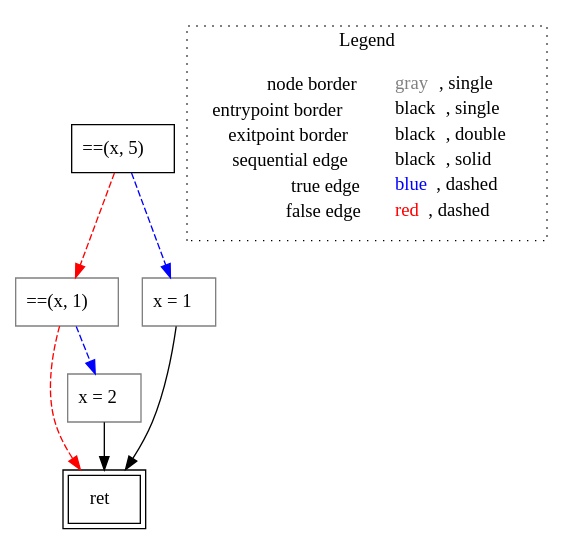
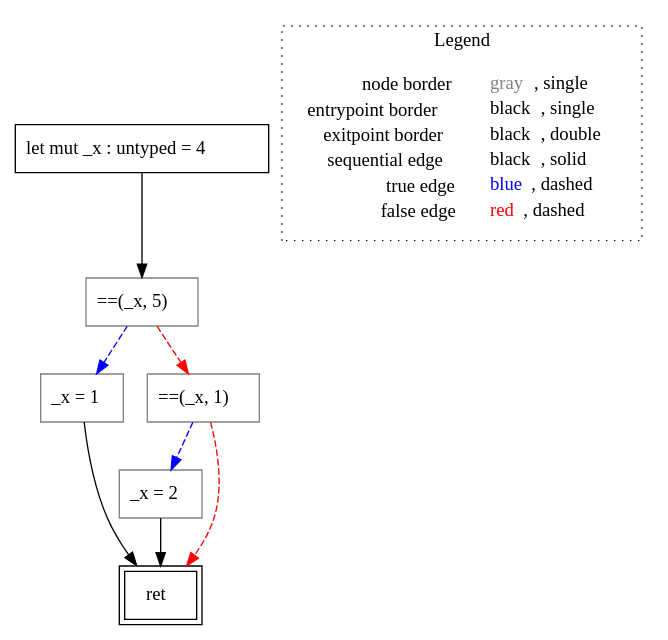
Before and after one commit to VincenzoArceri/rust-lisa: the diagram in rust-lisa/rust-testcases/cfg/if-elseif/()_rust-testcases_cfg_if-elseif_if-elseif.rs.main().dot, drawn with Graphviz. The commit also changed 26 other files, not shown here.

```diff
--- a/rust-lisa/rust-testcases/cfg/if-elseif/()_rust-testcases_cfg_if-elseif_if-elseif.rs.main().dot
+++ b/rust-lisa/rust-testcases/cfg/if-elseif/()_rust-testcases_cfg_if-elseif_if-elseif.rs.main().dot
@@ -1,20 +1,22 @@
 digraph {
-	"node0" [shape="rect",color="black",label=<==(x, 5)>];
-	"node1" [shape="rect",color="gray",label=<==(x, 1)>];
-	"node2" [shape="rect",color="black",peripheries="2",label=<ret>];
-	"node3" [shape="rect",color="gray",label=<x = 2>];
-	"node4" [shape="rect",color="gray",label=<x = 1>];
-	"node1" -> "node2" [color="red",style="dashed"];
-	"node1" -> "node3" [color="blue",style="dashed"];
-	"node3" -> "node2" [color="black"];
-	"node4" -> "node2" [color="black"];
-	"node0" -> "node1" [color="red",style="dashed"];
-	"node0" -> "node4" [color="blue",style="dashed"];
+	"node0" [shape="rect",color="black",label=<let mut _x : untyped = 4>];
+	"node1" [shape="rect",color="gray",label=<_x = 2>];
+	"node2" [shape="rect",color="gray",label=<==(_x, 5)>];
+	"node3" [shape="rect",color="black",peripheries="2",label=<ret>];
+	"node4" [shape="rect",color="gray",label=<_x = 1>];
+	"node5" [shape="rect",color="gray",label=<==(_x, 1)>];
+	"node0" -> "node2" [color="black"];
+	"node1" -> "node3" [color="black"];
+	"node2" -> "node4" [color="blue",style="dashed"];
+	"node2" -> "node5" [color="red",style="dashed"];
+	"node4" -> "node3" [color="black"];
+	"node5" -> "node1" [color="blue",style="dashed"];
+	"node5" -> "node3" [color="red",style="dashed"];
 subgraph cluster_legend {
 	label="Legend";
 	style=dotted;
 	node [shape=plaintext];
 	"legend" [label=<<table border="0" cellpadding="2" cellspacing="0" cellborder="0"><tr><td align="right">node border&nbsp;</td><td align="left"><font color="gray">gray</font>, single</td></tr><tr><td align="right">entrypoint border&nbsp;</td><td align="left"><font color="black">black</font>, single</td></tr><tr><td align="right">exitpoint border&nbsp;</td><td align="left"><font color="black">black</font>, double</td></tr><tr><td align="right">sequential edge&nbsp;</td><td align="left"><font color="black">black</font>, solid</td></tr><tr><td align="right">true edge&nbsp;</td><td align="left"><font color="blue">blue</font>, dashed</td></tr><tr><td align="right">false edge&nbsp;</td><td align="left"><font color="red">red</font>, dashed</td></tr></table>>];
 }
 
 }
```
